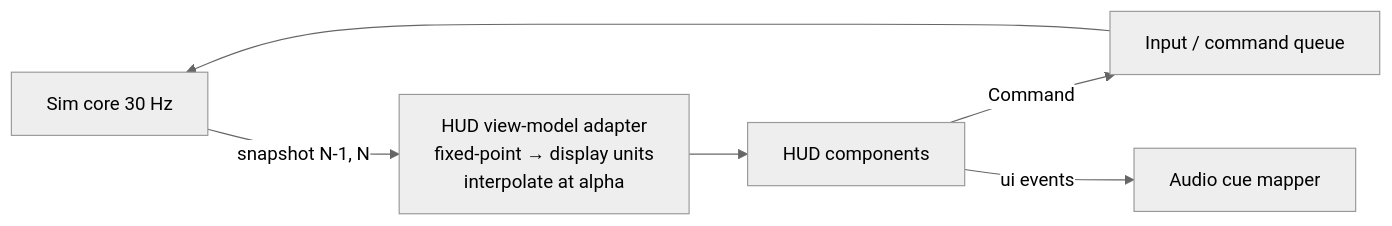
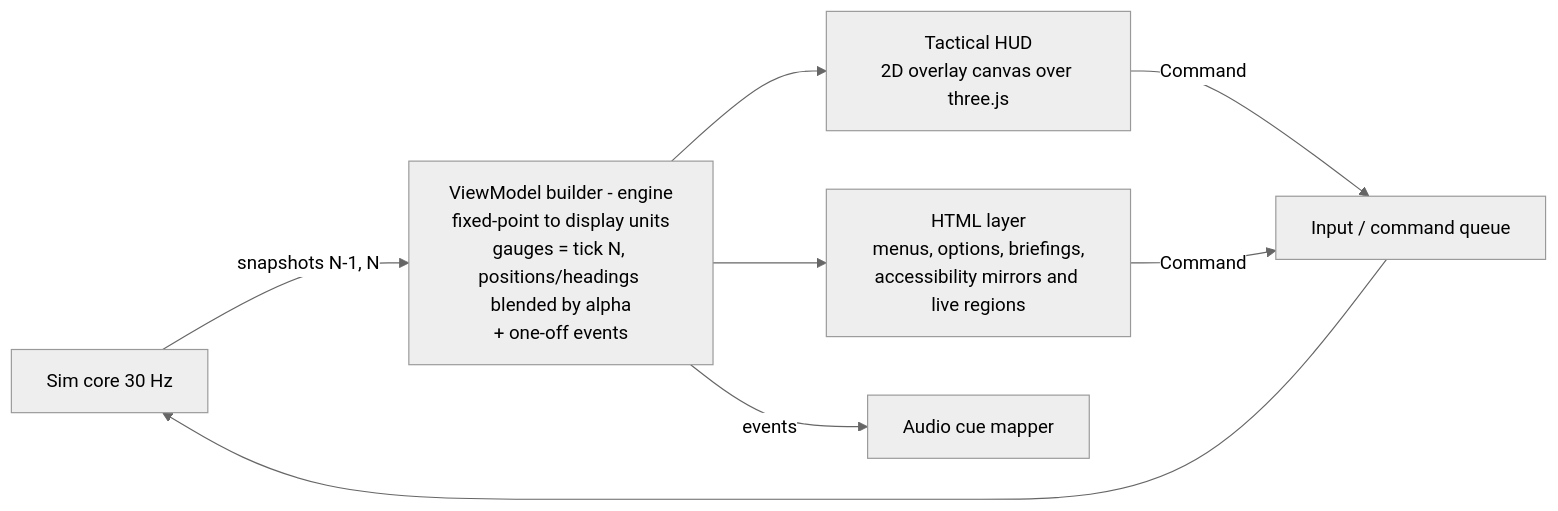
One commit to danielsegan/sfc2.js changed the diagram in docs/ui/hud-spec.md. Above: the diagram before and after it, drawn with Mermaid (neutral theme). The commit also changed other lines of this file and 4 other files, not shown here.

Commit message:
docs(ui): name SFC2.js; record agreed HUD architecture (ViewModel, overlay canvas, HTML a11y)

````diff
--- a/docs/ui/hud-spec.md
+++ b/docs/ui/hud-spec.md
@@ -25,8 +25,10 @@
 ```mermaid
 flowchart LR
-  Sim[Sim core 30 Hz] -->|snapshot N-1, N| Adapter[HUD view-model adapter<br/>fixed-point → display units<br/>interpolate at alpha]
-  Adapter --> Comps[HUD components]
-  Comps -->|Command| Queue[Input / command queue]
+  Sim[Sim core 30 Hz] -->|snapshots N-1, N| VM[ViewModel builder - engine<br/>fixed-point to display units<br/>gauges = tick N, positions/headings blended by alpha<br/>+ one-off events]
+  VM --> Canvas[Tactical HUD<br/>2D overlay canvas over three.js]
+  VM --> Html[HTML layer<br/>menus, options, briefings,<br/>accessibility mirrors and live regions]
+  Canvas -->|Command| Queue[Input / command queue]
+  Html -->|Command| Queue
   Queue --> Sim
-  Comps -->|ui events| Audio[Audio cue mapper]
+  VM -->|events| Audio[Audio cue mapper]
 ```
````
